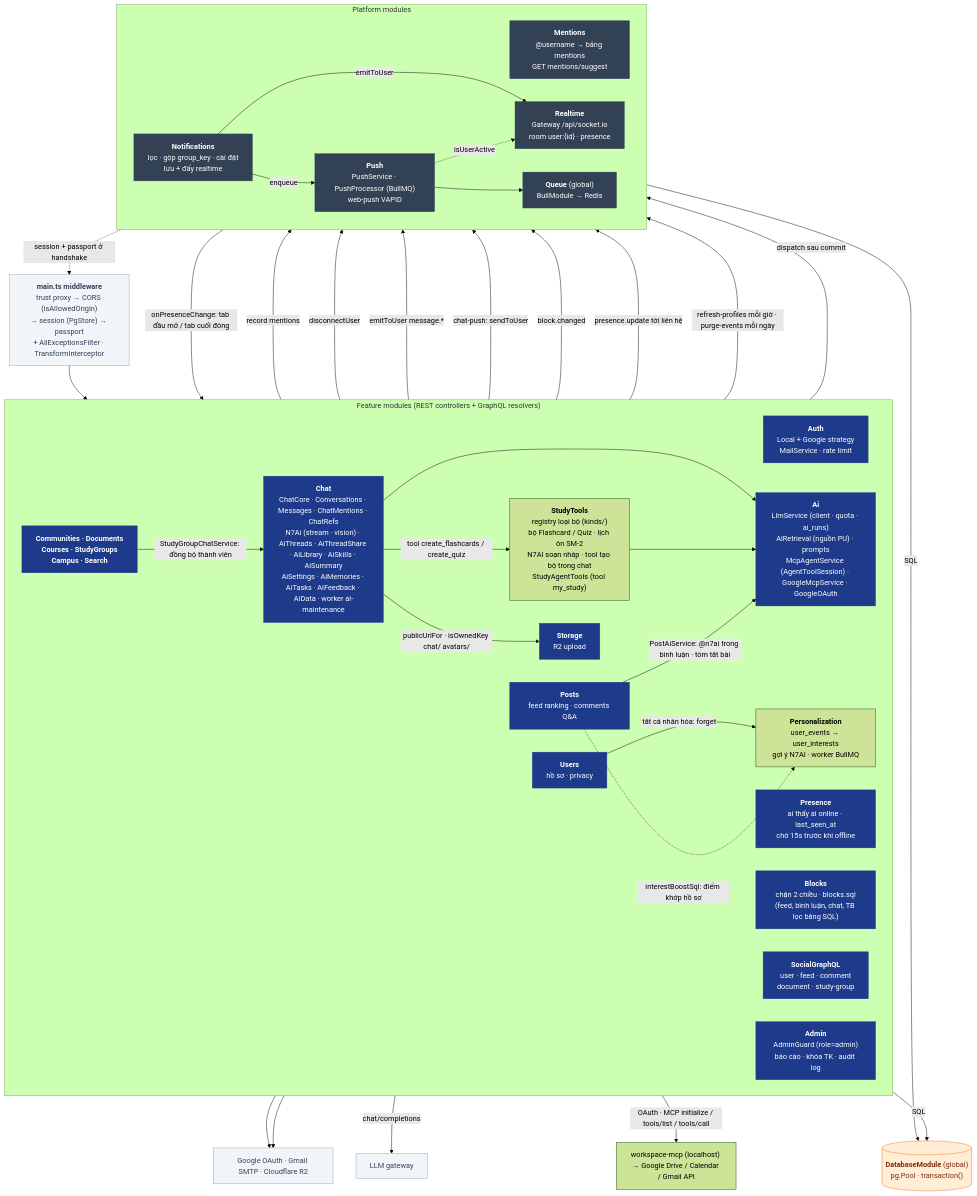
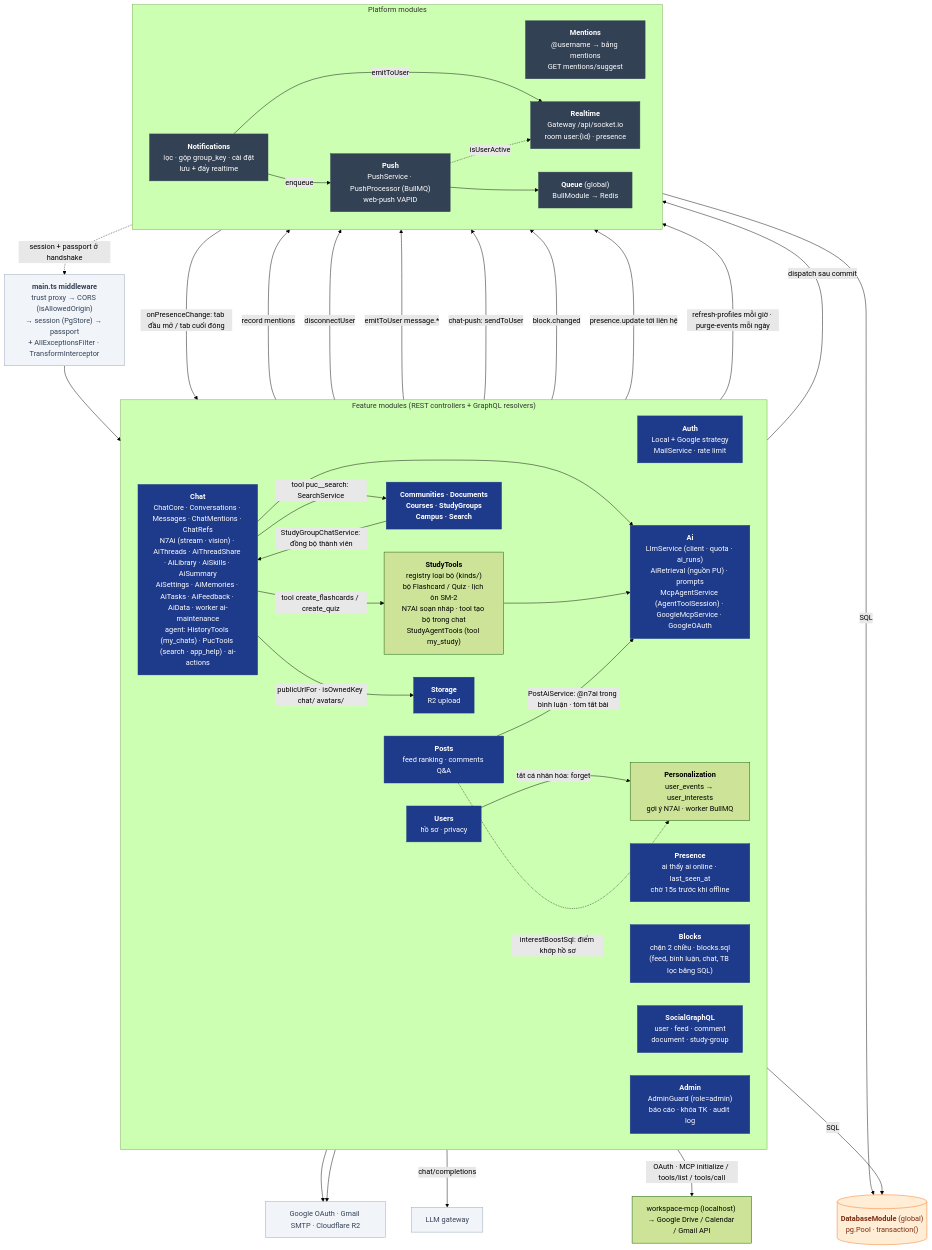
Before and after one commit to nhatcoi/pu-connect: the diagram in docs/diagrams/03-api-components.md, drawn with Mermaid (forest theme). The commit also changed other lines of this file and 39 other files, not shown here.

First line of the commit message:
feat(n7ai): agent tools for past chats and PU Connector, action buttons, learner profile

````diff
--- a/docs/diagrams/03-api-components.md
+++ b/docs/diagrams/03-api-components.md
@@ -7,69 +7,70 @@
 ```mermaid
 flowchart TB
   mw["<b>main.ts middleware</b><br/>trust proxy → CORS (isAllowedOrigin)<br/>→ session (PgStore) → passport<br/>+ AllExceptionsFilter · TransformInterceptor"]
 
   subgraph Feature["Feature modules (REST controllers + GraphQL resolvers)"]
     direction LR
     auth["<b>Auth</b><br/>Local + Google strategy<br/>MailService · rate limit"]
     users["<b>Users</b><br/>hồ sơ · privacy"]
     presence["<b>Presence</b><br/>ai thấy ai online · last_seen_at<br/>chờ 15s trước khi offline"]
     blocks["<b>Blocks</b><br/>chặn 2 chiều · blocks.sql<br/>(feed, bình luận, chat, TB lọc bằng SQL)"]
     posts["<b>Posts</b><br/>feed ranking · comments Q&A"]
     gql["<b>SocialGraphQL</b><br/>user · feed · comment<br/>document · study-group"]
     others["<b>Communities · Documents<br/>Courses · StudyGroups<br/>Campus · Search</b>"]
     storage["<b>Storage</b><br/>R2 upload"]
     admin["<b>Admin</b><br/>AdminGuard (role=admin)<br/>báo cáo · khóa TK · audit log"]
-    chat["<b>Chat</b><br/>ChatCore · Conversations · Messages · ChatMentions · ChatRefs<br/>N7Ai (stream · vision) · AiThreads · AiThreadShare · AiLibrary · AiSkills · AiSummary<br/>AiSettings · AiMemories · AiTasks · AiFeedback · AiData · worker ai-maintenance"]
+    chat["<b>Chat</b><br/>ChatCore · Conversations · Messages · ChatMentions · ChatRefs<br/>N7Ai (stream · vision) · AiThreads · AiThreadShare · AiLibrary · AiSkills · AiSummary<br/>AiSettings · AiMemories · AiTasks · AiFeedback · AiData · worker ai-maintenance<br/>agent: HistoryTools (my_chats) · PucTools (search · app_help) · ai-actions"]
     ai["<b>Ai</b><br/>LlmService (client · quota · ai_runs)<br/>AiRetrieval (nguồn PU) · prompts<br/>McpAgentService (AgentToolSession) · GoogleMcpService · GoogleOAuth"]
     perso["<b>Personalization</b><br/>user_events → user_interests<br/>gợi ý N7AI · worker BullMQ"]
     tools["<b>StudyTools</b><br/>registry loại bộ (kinds/)<br/>bộ Flashcard / Quiz · lịch ôn SM-2<br/>N7AI soạn nháp · tool tạo bộ trong chat<br/>StudyAgentTools (tool my_study)"]
   end
 
   subgraph Platform["Platform modules"]
     direction LR
     mentions["<b>Mentions</b><br/>@username → bảng mentions<br/>GET mentions/suggest"]
     notif["<b>Notifications</b><br/>lọc · gộp group_key · cài đặt<br/>lưu + đẩy realtime"]
     rt["<b>Realtime</b><br/>Gateway /api/socket.io<br/>room user:{id} · presence"]
     push["<b>Push</b><br/>PushService · PushProcessor (BullMQ)<br/>web-push VAPID"]
     queue["<b>Queue</b> (global)<br/>BullModule → Redis"]
   end
 
   db[("<b>DatabaseModule</b> (global)<br/>pg.Pool · transaction()")]
   ext["Google OAuth · Gmail SMTP · Cloudflare R2"]
 
   mw --> Feature
   posts -->|record mentions| mentions
   Feature -->|dispatch sau commit| notif -->|emitToUser| rt
   notif -->|enqueue| push --> queue
   push -. isUserActive .-> rt
   rt -. session + passport ở handshake .-> mw
   Feature -->|SQL| db
   Platform -->|SQL| db
   auth & storage --> ext
   admin -->|disconnectUser| rt
   chat -->|emitToUser message.*| rt
   chat -->|chat-push: sendToUser| push
   chat --> ai
   chat -->|tool create_flashcards / create_quiz| tools
+  chat -->|tool puc__search: SearchService| others
   tools --> ai
   posts -->|PostAiService: @n7ai trong bình luận · tóm tắt bài| ai
   ai -->|chat/completions| llm["LLM gateway"]
   ai -->|"OAuth · MCP initialize / tools/list / tools/call"| gdrive["workspace-mcp (localhost) → Google Drive / Calendar / Gmail API"]
   chat -->|publicUrlFor · isOwnedKey chat/ avatars/| storage
   others -->|StudyGroupChatService: đồng bộ thành viên| chat
   blocks -->|block.changed| rt
   rt -->|onPresenceChange: tab đầu mở / tab cuối đóng| presence
   presence -->|presence.update tới liên hệ| rt
   users -->|tắt cá nhân hóa: forget| perso
   perso -->|refresh-profiles mỗi giờ · purge-events mỗi ngày| queue
   posts -. interestBoostSql: điểm khớp hồ sơ .-> perso
 
   classDef mod fill:#1e3a8a,stroke:#1e3a8a,color:#fff
   classDef plat fill:#334155,stroke:#334155,color:#fff
   classDef store fill:#ffedd5,stroke:#f97316,color:#7c2d12
   classDef external fill:#f1f5f9,stroke:#94a3b8,color:#334155
   class auth,users,blocks,presence,ai,posts,communities,others,storage,gql,admin,chat mod
   class mentions,notif,rt,push,queue plat
   class db store
   class ext,mw,llm external
 ```
````
